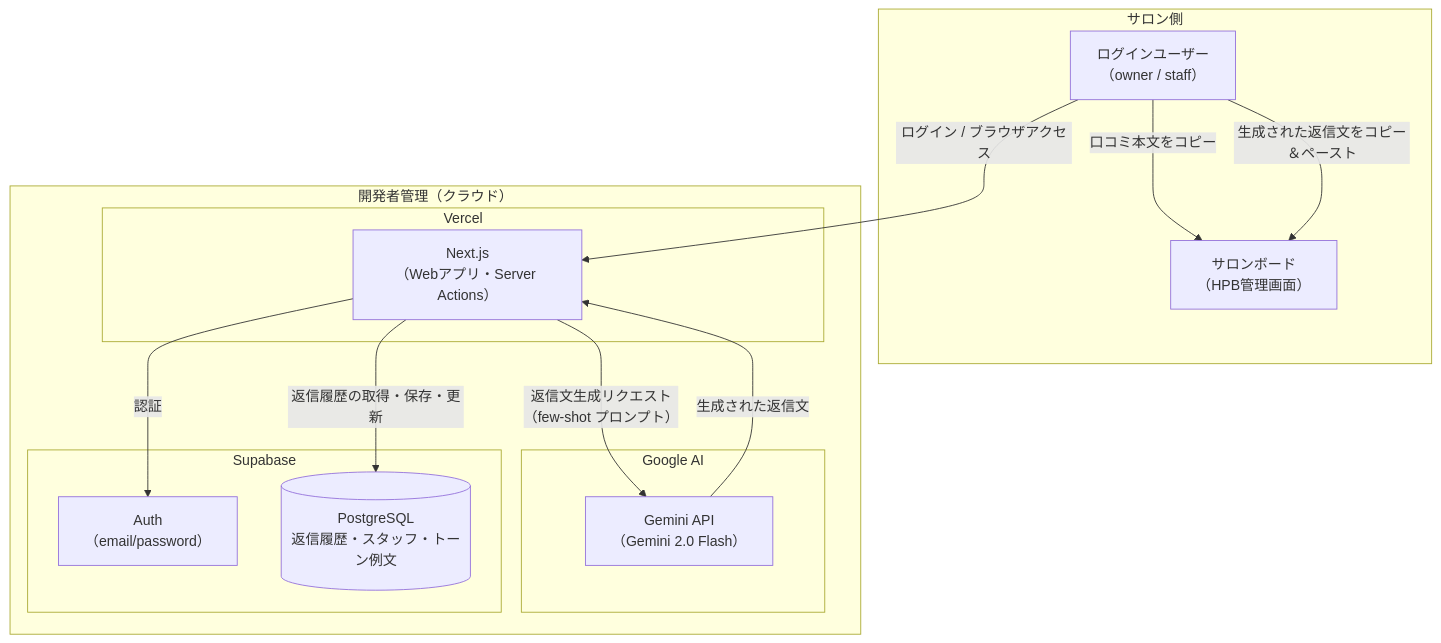
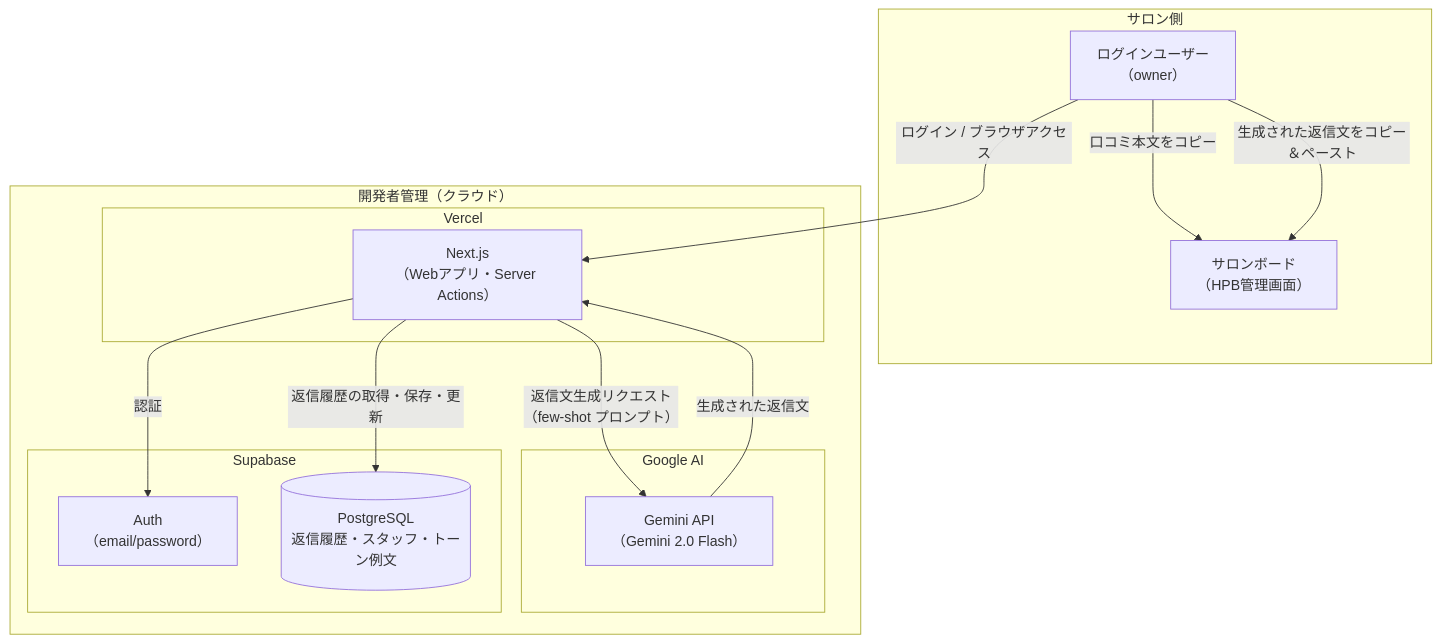
The first of 3 diagrams in docs/99_research/technology/architecture.md (fu-mi-man/salon-ai), drawn with Mermaid before and after one commit. The commit also changed other lines of this file and 12 other files, not shown here.

````diff
--- a/docs/99_research/technology/architecture.md
+++ b/docs/99_research/technology/architecture.md
@@ -5,30 +5,30 @@
 ```mermaid
 graph TB
   subgraph salon["サロン側"]
     SB["サロンボード\n（HPB管理画面）"]
-    US["ログインユーザー\n（owner / staff）"]
+    US["ログインユーザー\n（owner）"]
   end
 
   subgraph cloud["開発者管理（クラウド）"]
     subgraph gemini["Google AI"]
       GEM["Gemini API\n（Gemini 2.0 Flash）"]
     end
 
     subgraph vercel["Vercel"]
       NX["Next.js\n（Webアプリ・Server Actions）"]
     end
 
     subgraph supabase["Supabase"]
       AU["Auth\n（email/password）"]
       DB[("PostgreSQL\n返信履歴・スタッフ・トーン例文")]
     end
   end
 
   US -->|"口コミ本文をコピー"| SB
   US -->|"ログイン / ブラウザアクセス"| NX
   NX -->|"認証"| AU
   NX -->|"返信文生成リクエスト\n（few-shot プロンプト）"| GEM
   GEM -->|"生成された返信文"| NX
   NX -->|"返信履歴の取得・保存・更新"| DB
   US -->|"生成された返信文をコピー＆ペースト"| SB
 ```
````
